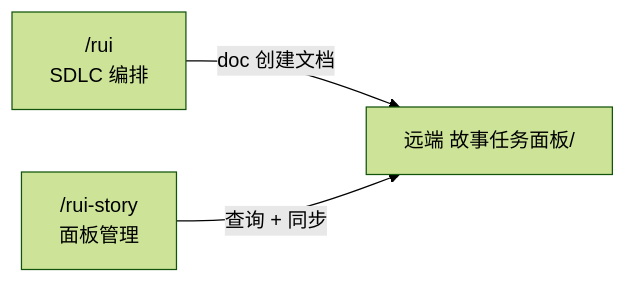
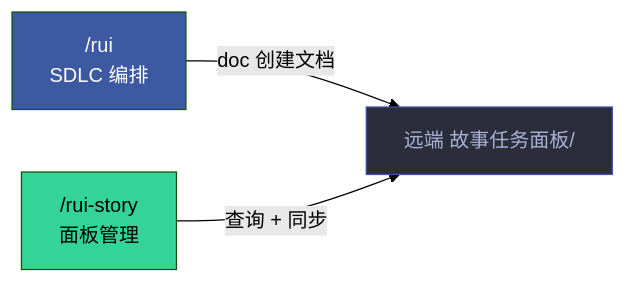
One commit to effiy/YrY changed diagram 11 of 11 in skills/rui-story/SKILL.md. Above: the diagram before and after it, drawn with Mermaid (forest theme). The commit also changed other lines of this file and 341 other files, not shown here.

````diff
--- a/skills/rui-story/SKILL.md
+++ b/skills/rui-story/SKILL.md
@@ -366,7 +331,9 @@
 ```mermaid
 flowchart LR
     RUI["/rui<br/>SDLC 编排"]:::rui -->|"doc 创建文档"| PANEL["远端 故事任务面板/"]:::panel
     RS["/rui-story<br/>面板管理"]:::story -->|"查询 + 同步"| PANEL
 
-
+    classDef rui fill:#3d59a1,color:#fff
+    classDef panel fill:#2b2d3b,stroke:#3d59a1,color:#a9b1d6
+    classDef story fill:#34d399,color:#000
 ```
````
